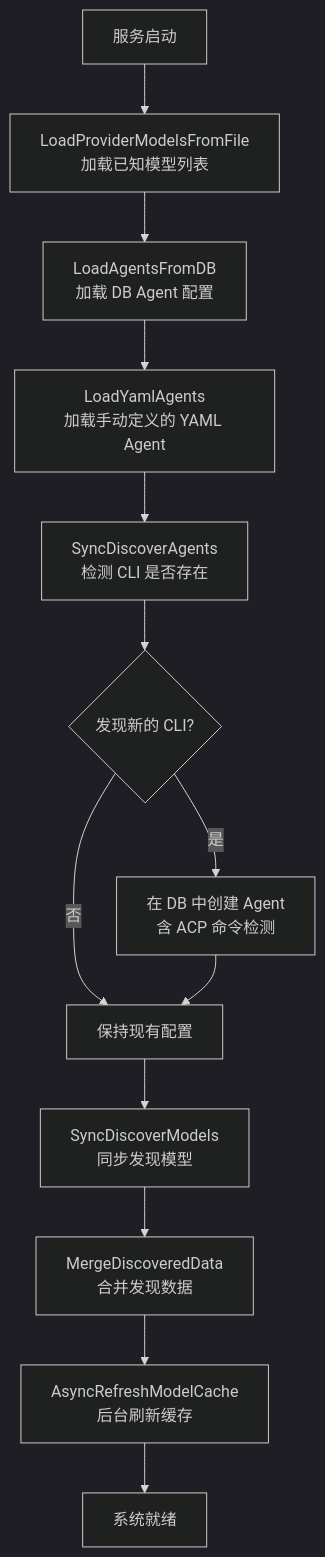
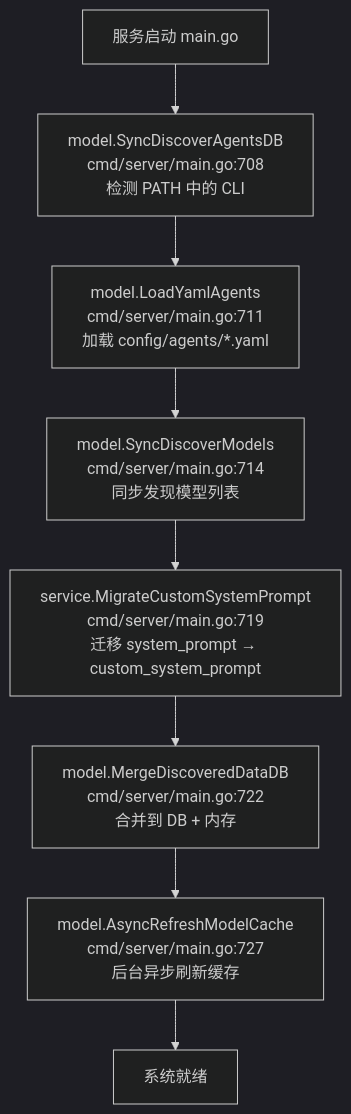
Before and after one commit to clawbench-dev/clawbench: the first of 2 diagrams in docs/spec/infra/config-and-discovery.md, drawn with Mermaid (dark theme). The commit also changed other lines of this file and 15 other files, not shown here.

````diff
--- a/docs/spec/infra/config-and-discovery.md
+++ b/docs/spec/infra/config-and-discovery.md
@@ -9,15 +9,10 @@
 ```mermaid
 flowchart TD
-    A[服务启动] --> B[LoadProviderModelsFromFile<br/>加载已知模型列表]
-    B --> C[LoadAgentsFromDB<br/>加载 DB Agent 配置]
-    C --> D[LoadYamlAgents<br/>加载手动定义的 YAML Agent]
-    D --> E[SyncDiscoverAgents<br/>检测 CLI 是否存在]
-    E --> F{发现新的 CLI?}
-    F -->|是| G[在 DB 中创建 Agent<br/>含 ACP 命令检测]
-    F -->|否| H[保持现有配置]
-    G --> H
-    H --> I[SyncDiscoverModels<br/>同步发现模型]
-    I --> J[MergeDiscoveredData<br/>合并发现数据]
-    J --> K[AsyncRefreshModelCache<br/>后台刷新缓存]
-    K --> L[系统就绪]
+    A[服务启动 main.go] --> B[model.SyncDiscoverAgentsDB<br/>cmd/server/main.go:708<br/>检测 PATH 中的 CLI]
+    B --> C[model.LoadYamlAgents<br/>cmd/server/main.go:711<br/>加载 config/agents/*.yaml]
+    C --> D[model.SyncDiscoverModels<br/>cmd/server/main.go:714<br/>同步发现模型列表]
+    D --> E[service.MigrateCustomSystemPrompt<br/>cmd/server/main.go:719<br/>迁移 system_prompt → custom_system_prompt]
+    E --> F[model.MergeDiscoveredDataDB<br/>cmd/server/main.go:722<br/>合并到 DB + 内存]
+    F --> G[model.AsyncRefreshModelCache<br/>cmd/server/main.go:727<br/>后台异步刷新缓存]
+    G --> H[系统就绪]
 ```
````
